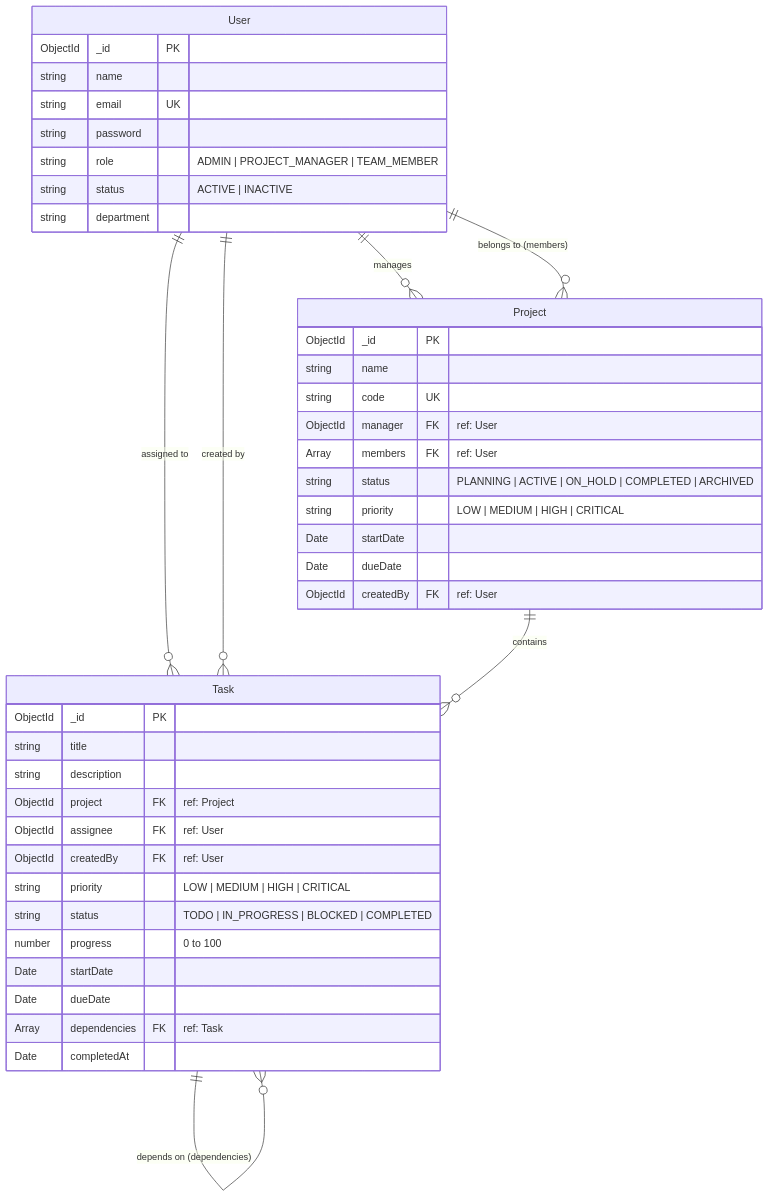
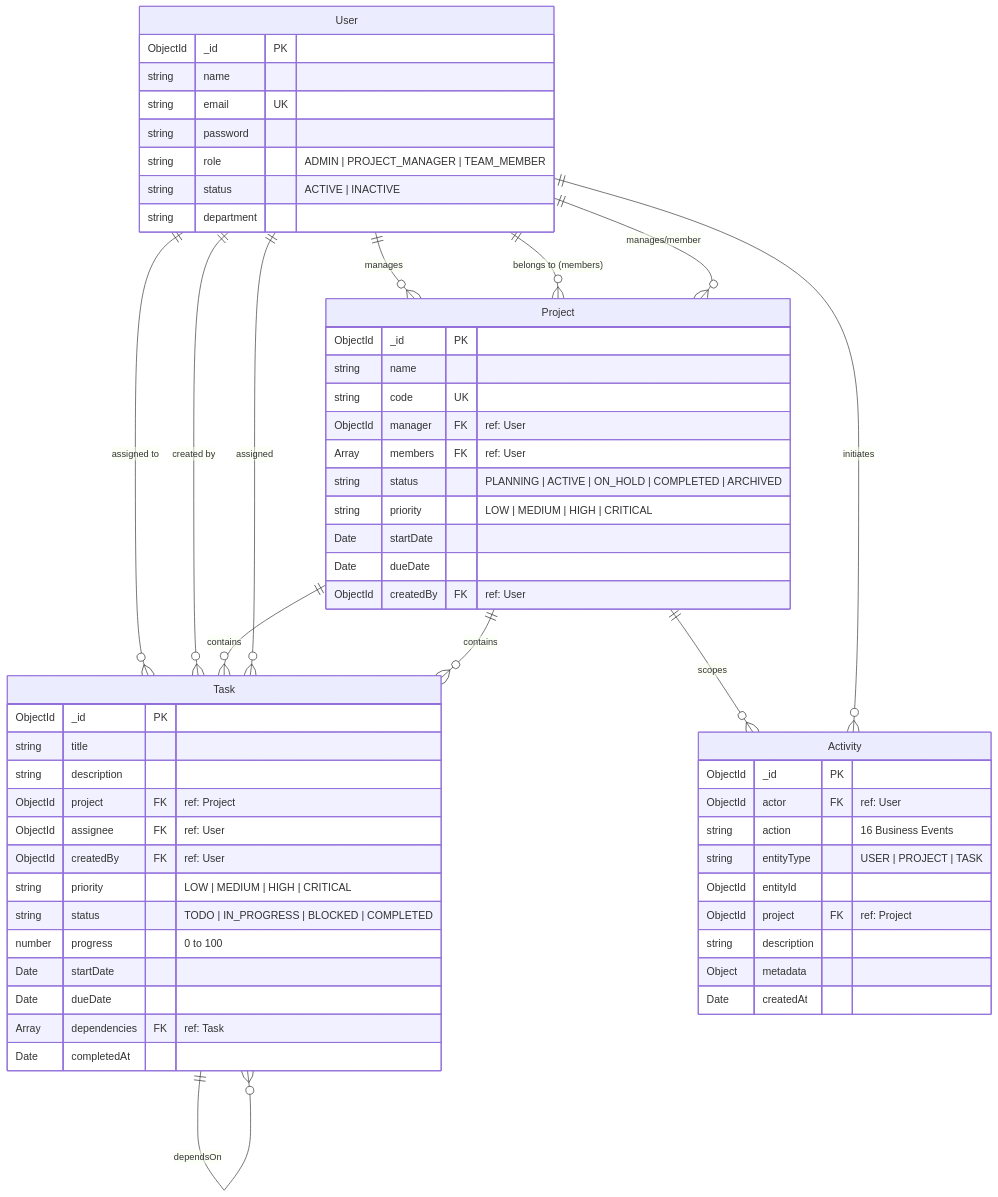
One commit to Sakshii0204/Project-and-Task-Management changed the fifth of 5 diagrams in docs/architecture.md. Above: the diagram before and after it, drawn with Mermaid. The commit also changed other lines of this file and 23 other files, not shown here.

````diff
--- a/docs/architecture.md
+++ b/docs/architecture.md
@@ -356,48 +356,67 @@
 ```mermaid
 erDiagram
     User ||--o{ Project : "manages"
     User ||--o{ Project : "belongs to (members)"
     User ||--o{ Task : "assigned to"
     User ||--o{ Task : "created by"
     Project ||--o{ Task : "contains"
     Task ||--o{ Task : "depends on (dependencies)"
 
     User {
         ObjectId _id PK
         string name
         string email UK
         string password
         string role "ADMIN | PROJECT_MANAGER | TEAM_MEMBER"
         string status "ACTIVE | INACTIVE"
         string department
     }
 
     Project {
         ObjectId _id PK
         string name
         string code UK
         ObjectId manager FK "ref: User"
         Array members FK "ref: User"
         string status "PLANNING | ACTIVE | ON_HOLD | COMPLETED | ARCHIVED"
         string priority "LOW | MEDIUM | HIGH | CRITICAL"
         Date startDate
         Date dueDate
         ObjectId createdBy FK "ref: User"
     }
 
     Task {
         ObjectId _id PK
         string title
         string description
         ObjectId project FK "ref: Project"
         ObjectId assignee FK "ref: User"
         ObjectId createdBy FK "ref: User"
         string priority "LOW | MEDIUM | HIGH | CRITICAL"
         string status "TODO | IN_PROGRESS | BLOCKED | COMPLETED"
         number progress "0 to 100"
         Date startDate
         Date dueDate
         Array dependencies FK "ref: Task"
         Date completedAt
     }
+
+    Activity {
+        ObjectId _id PK
+        ObjectId actor FK "ref: User"
+        string action "16 Business Events"
+        string entityType "USER | PROJECT | TASK"
+        ObjectId entityId
+        ObjectId project FK "ref: Project"
+        string description
+        Object metadata
+        Date createdAt
+    }
+
+    User ||--o{ Project : "manages/member"
+    User ||--o{ Task : "assigned"
+    Project ||--o{ Task : "contains"
+    Project ||--o{ Activity : "scopes"
+    Task ||--o{ Task : "dependsOn"
+    User ||--o{ Activity : "initiates"
 ```
````
